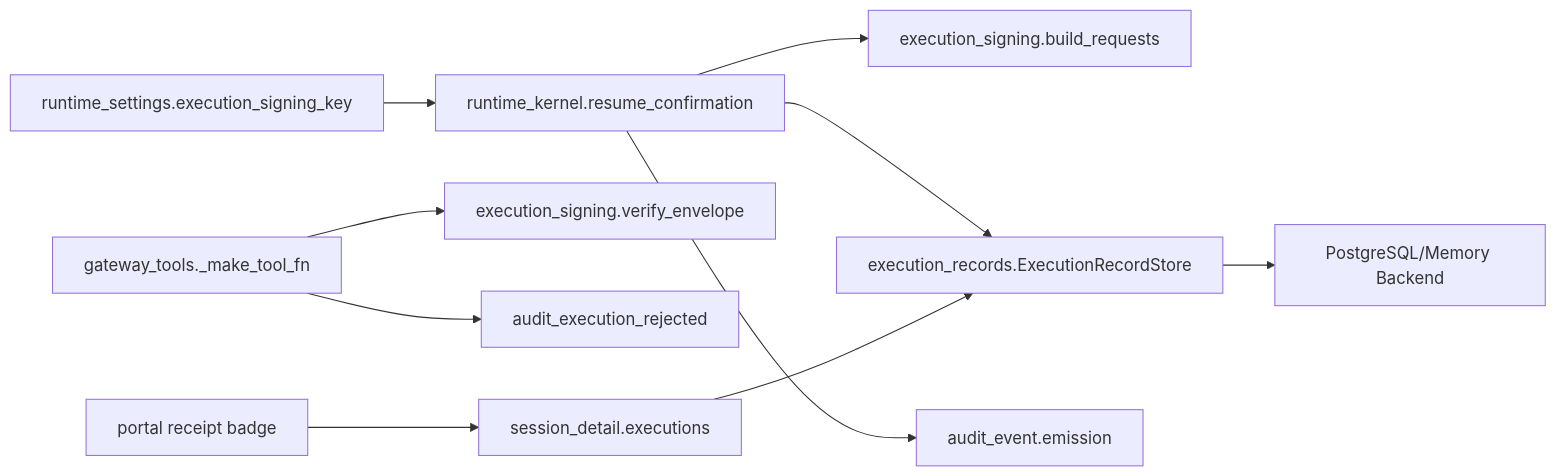
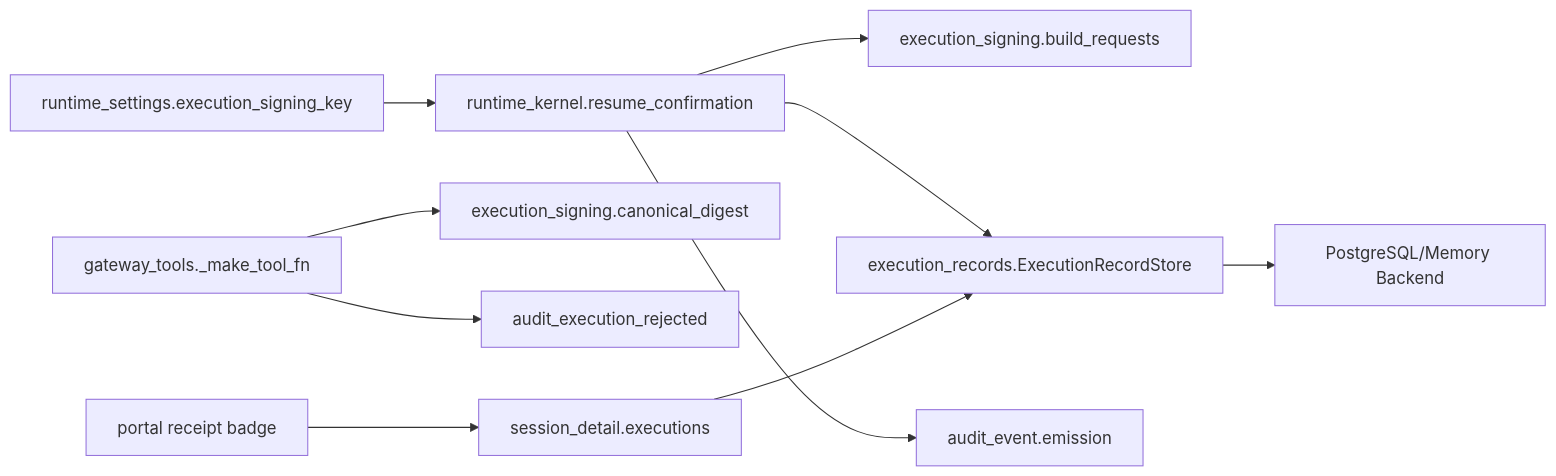
One commit to metasync/luban-aiops changed the eighth of 8 diagrams in .qoder/repowiki/en/content/Architecture Documentation/SPEC-037_ Signed Execution Requests and Receipts.md. Above: the diagram before and after it, drawn with Mermaid. The commit also changed other lines of this file, not shown here.

Commit message:
docs: restore review-nit correction in SPEC-037 repowiki dependency diagram

````diff
--- a/.qoder/repowiki/en/content/Architecture Documentation/SPEC-037_ Signed Execution Requests and Receipts.md
+++ b/.qoder/repowiki/en/content/Architecture Documentation/SPEC-037_ Signed Execution Requests and Receipts.md
@@ -314,12 +314,12 @@
 ```mermaid
 graph LR
 RS["runtime_settings.execution_signing_key"] --> RK["runtime_kernel.resume_confirmation"]
 RK --> ES["execution_signing.build_requests"]
 RK --> ER["execution_records.ExecutionRecordStore"]
 RK --> AE["audit_event.emission"]
-GT["gateway_tools._make_tool_fn"] --> EV["execution_signing.verify_envelope"]
+GT["gateway_tools._make_tool_fn"] --> EV["execution_signing.canonical_digest"]
 GT --> AR["audit_execution_rejected"]
 ER --> DB["PostgreSQL/Memory Backend"]
 UI["portal receipt badge"] --> SD["session_detail.executions"]
 SD --> ER
 ```
````
